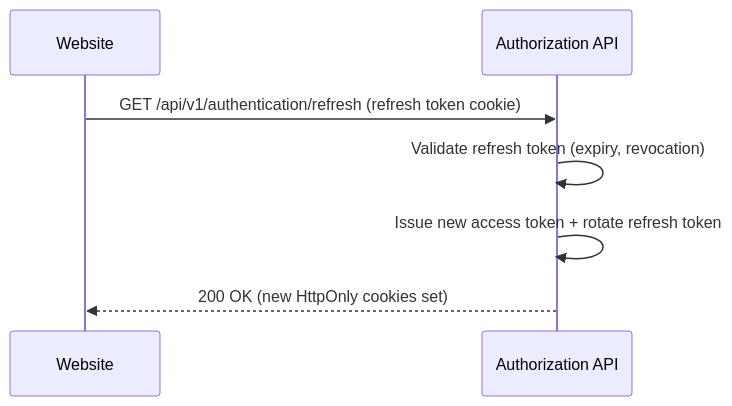
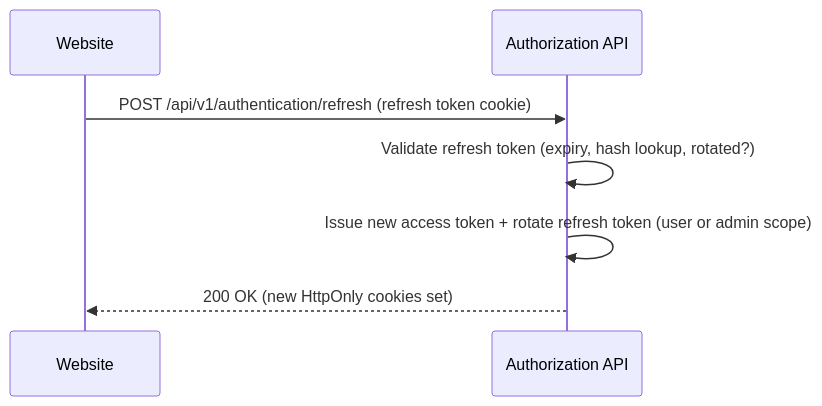
Before and after one commit to wouterfennis/TimeForCode: the second of 4 diagrams in docs/architecture/arc42/06-runtime-view.md, drawn with Mermaid. The commit also changed 37 other files, not shown here.

Commit message:
feat(authorization): harden refresh tokens, logout and admin refresh (#104) (#117)

````diff
--- a/docs/architecture/arc42/06-runtime-view.md
+++ b/docs/architecture/arc42/06-runtime-view.md
@@ -45,10 +45,10 @@
 ```mermaid
 sequenceDiagram
     participant Website
     participant AuthAPI as Authorization API
 
-    Website->>AuthAPI: GET /api/v1/authentication/refresh (refresh token cookie)
-    AuthAPI->>AuthAPI: Validate refresh token (expiry, revocation)
-    AuthAPI->>AuthAPI: Issue new access token + rotate refresh token
+    Website->>AuthAPI: POST /api/v1/authentication/refresh (refresh token cookie)
+    AuthAPI->>AuthAPI: Validate refresh token (expiry, hash lookup, rotated?)
+    AuthAPI->>AuthAPI: Issue new access token + rotate refresh token (user or admin scope)
     AuthAPI-->>Website: 200 OK (new HttpOnly cookies set)
 ```
````
